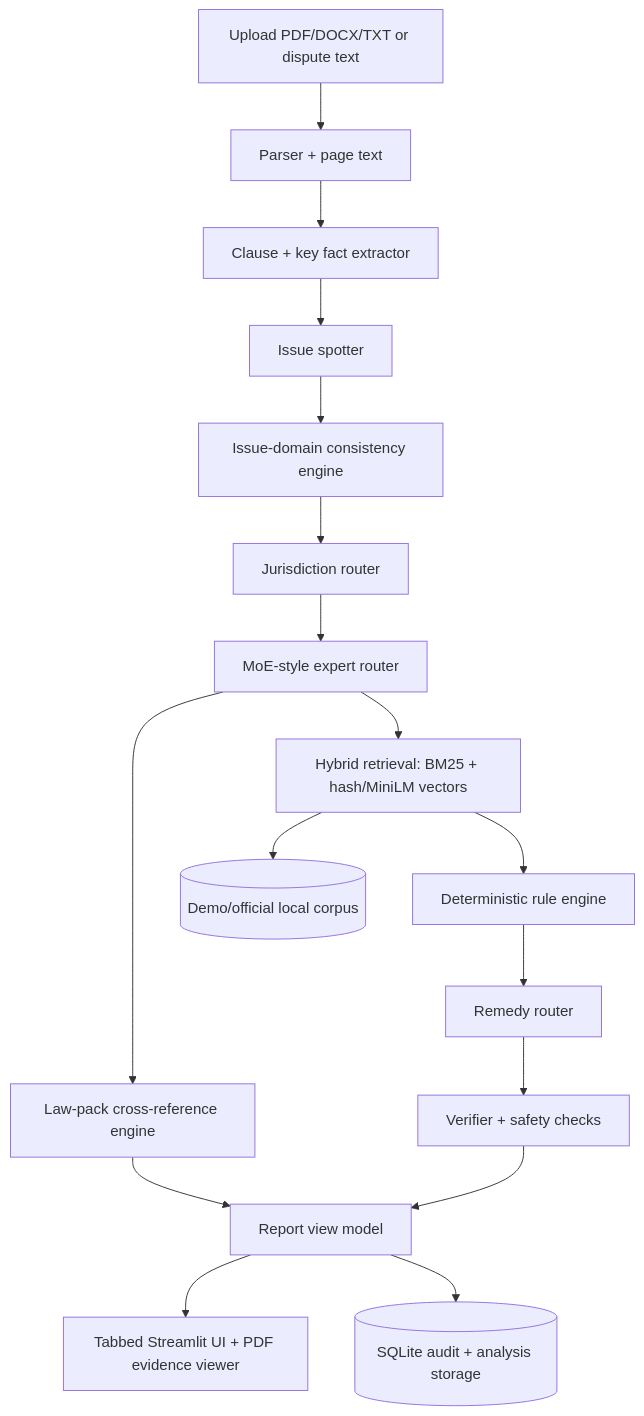
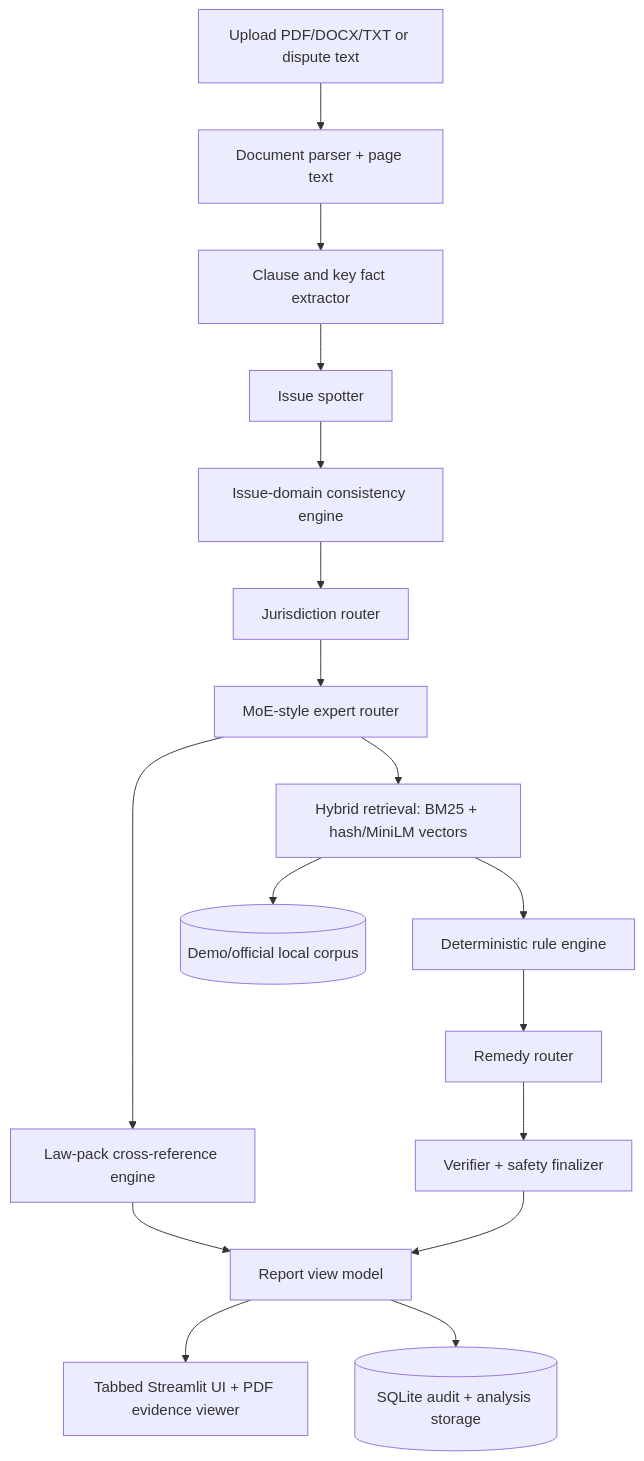
Before and after one commit to pratycodes/NyayaLens: the diagram in README.md, drawn with Mermaid. The commit also changed other lines of this file, not shown here.

````diff
--- a/README.md
+++ b/README.md
@@ -51,19 +62,19 @@
 ```mermaid
 flowchart TD
-    Upload[Upload PDF/DOCX/TXT or dispute text] --> Parser[Parser + page text]
-    Parser --> Extractor[Clause + key fact extractor]
+    Upload[Upload PDF/DOCX/TXT or dispute text] --> Parser[Document parser + page text]
+    Parser --> Extractor[Clause and key fact extractor]
     Extractor --> Issue[Issue spotter]
     Issue --> Consistency[Issue-domain consistency engine]
     Consistency --> Jurisdiction[Jurisdiction router]
     Jurisdiction --> Expert[MoE-style expert router]
     Expert --> Retriever[Hybrid retrieval: BM25 + hash/MiniLM vectors]
     Retriever --> Rules[Deterministic rule engine]
     Rules --> Remedy[Remedy router]
-    Remedy --> Verifier[Verifier + safety checks]
     Expert --> LawPack[Law-pack cross-reference engine]
     LawPack --> ViewModel[Report view model]
+    Remedy --> Verifier[Verifier + safety finalizer]
     Verifier --> ViewModel
     ViewModel --> UI[Tabbed Streamlit UI + PDF evidence viewer]
     Retriever --> Corpus[(Demo/official local corpus)]
     ViewModel --> SQLite[(SQLite audit + analysis storage)]
 ```
````
